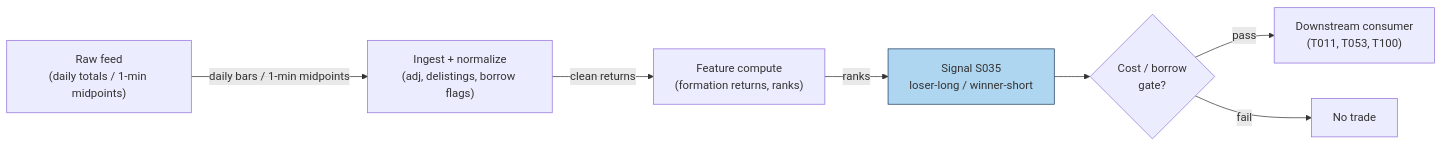
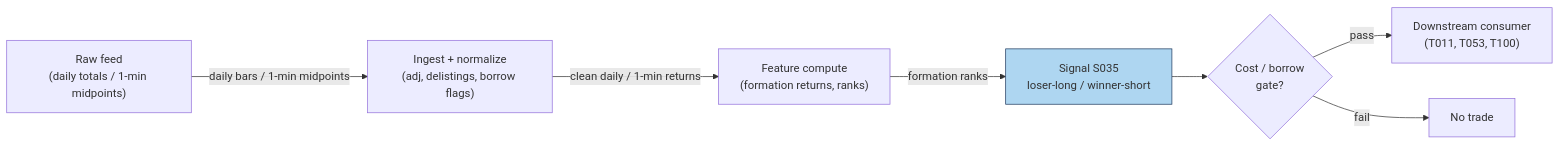
Before and after one commit to praveenguptahcl/quant-signals-deep: the diagram in batches/SB1/S035.md, drawn with Mermaid. The commit also changed 367 other files, not shown here.

````diff
--- a/batches/SB1/S035.md
+++ b/batches/SB1/S035.md
@@ -183,10 +183,10 @@
 ```mermaid
 flowchart LR
     FEED["Raw feed\n(daily totals / 1-min midpoints)"] -->|"daily bars / 1-min midpoints"| ING["Ingest + normalize\n(adj, delistings, borrow flags)"]
-    ING -->|"clean returns"| FEAT["Feature compute\n(formation returns, ranks)"]
-    FEAT -->|"ranks"| SIG["Signal S035\nloser-long / winner-short"]
+    ING -->|"clean daily / 1-min returns"| FEAT["Feature compute\n(formation returns, ranks)"]
+    FEAT -->|"formation ranks"| SIG["Signal S035\nloser-long / winner-short"]
     SIG --> GATE{"Cost / borrow\ngate?"}
     GATE -->|pass| OUT["Downstream consumer\n(T011, T053, T100)"]
     GATE -->|fail| DROP["No trade"]
     style SIG fill:#aed6f1,stroke:#1f3a5f
 ```
````
